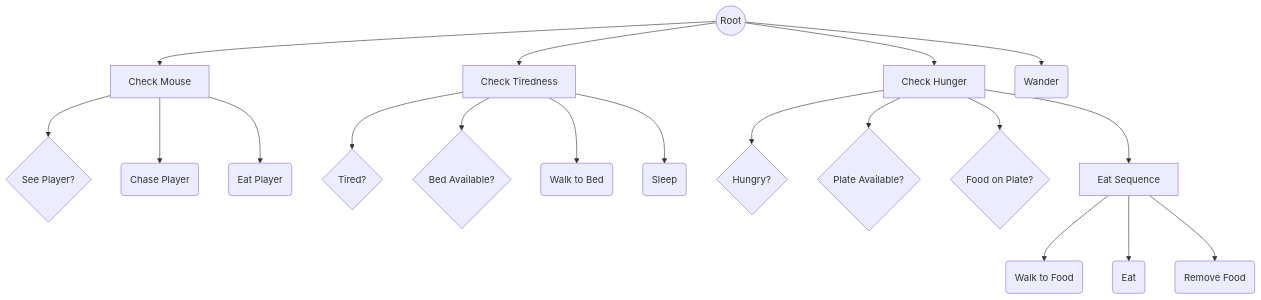
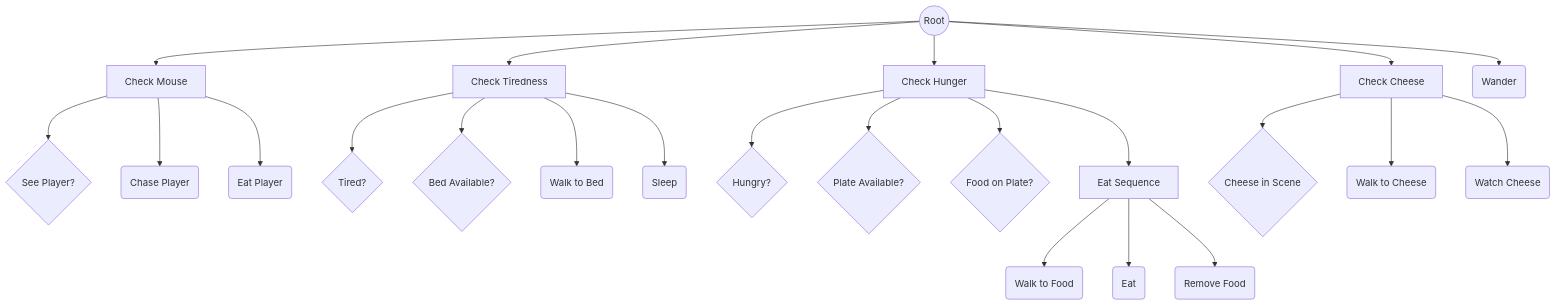
The diagram in behavior-tree/TREE.md (rasmussvala/TDDD23-Cheddar-Chase), drawn with Mermaid before and after one commit.

````diff
--- a/behavior-tree/TREE.md
+++ b/behavior-tree/TREE.md
@@ -1,26 +1,31 @@
 ```mermaid
 graph TD
 	A((Root)) --> B[Check Mouse]
 	A --> C[Check Tiredness]
 	A --> D[Check Hunger]
+	A --> T[Check Cheese]
 	A --> E(Wander)
 
 	B --> F{See Player?}
 	B --> G(Chase Player)
 	B --> H(Eat Player)
 
 	C --> I{Tired?}
 	C --> J{Bed Available?}
 	C --> K(Walk to Bed)
 	C --> L(Sleep)
 
 	D --> M{Hungry?}
 	D --> N{Plate Available?}
 	D --> O{Food on Plate?}
 
 	D --> P[Eat Sequence]
 
 	P --> Q(Walk to Food)
 	P --> R(Eat)
 	P --> S(Remove Food)
+
+	T --> U{Cheese in Scene}
+	T --> V(Walk to Cheese)
+	T --> W(Watch Cheese)
 ```
````
